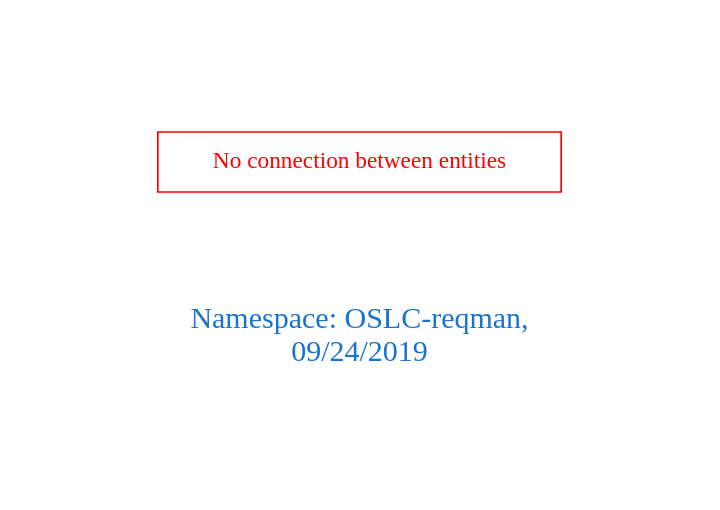
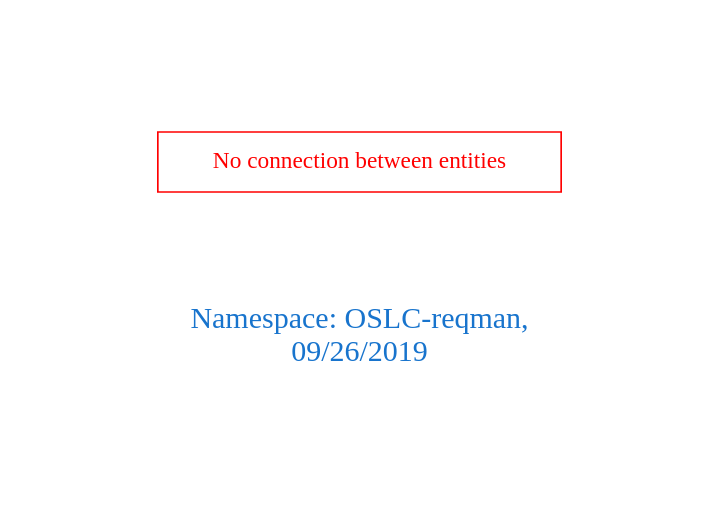
One commit to arago/OGIT changed the diagram in downloads/OSLC-reqman.dot. Above: the diagram before and after it, drawn with Graphviz. The commit also changed 148 other files, not shown here.

```diff
--- a/downloads/OSLC-reqman.dot
+++ b/downloads/OSLC-reqman.dot
@@ -1,9 +1,9 @@
 digraph OGIT_ontology {
  graph [ rankdir= LR,pad=1 
 fontsize = 18,
-fontcolor= dodgerblue3,label = "\n\n\nNamespace: OSLC-reqman, \n 09/24/2019"];
+fontcolor= dodgerblue3,label = "\n\n\nNamespace: OSLC-reqman, \n 09/26/2019"];
 node[shape=polygon];
 edge [  color="gray81"];
 
 "No connection between entities" [fontcolor = "red",color="red", shape="polygon"]
 }
```
